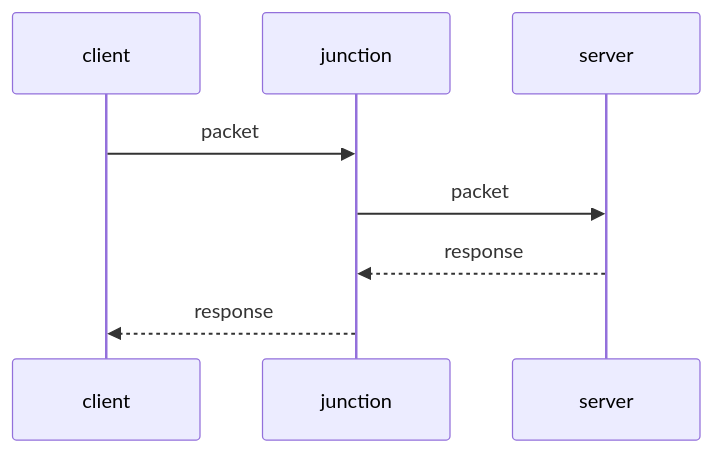
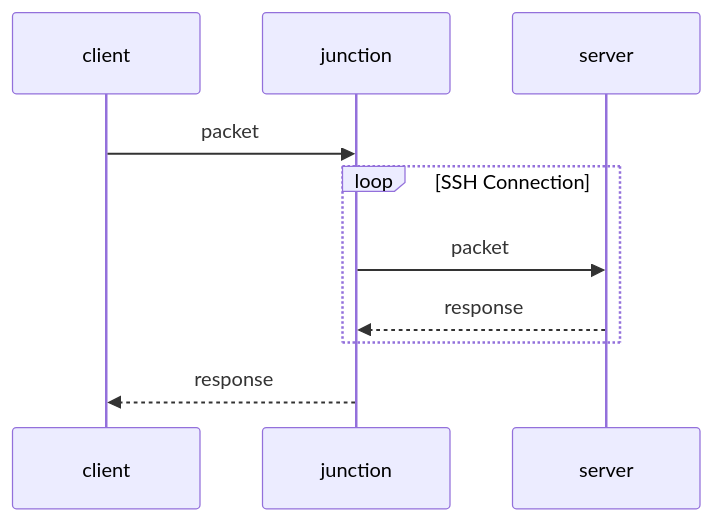
Before and after one commit to FMotalleb/Junction: the diagram in readme.md, drawn with Mermaid.

````diff
--- a/readme.md
+++ b/readme.md
@@ -5,11 +5,16 @@
 ```mermaid
 sequenceDiagram
     participant client
     participant junction
     participant server
 
     client->>junction: packet
-    junction->>server: packet
-    server-->>junction: response
+   
+    loop SSH Connection
+        junction->>server: packet
+        server-->>junction: response
+    end
+    
+   
     junction-->>client: response
 ```
````
